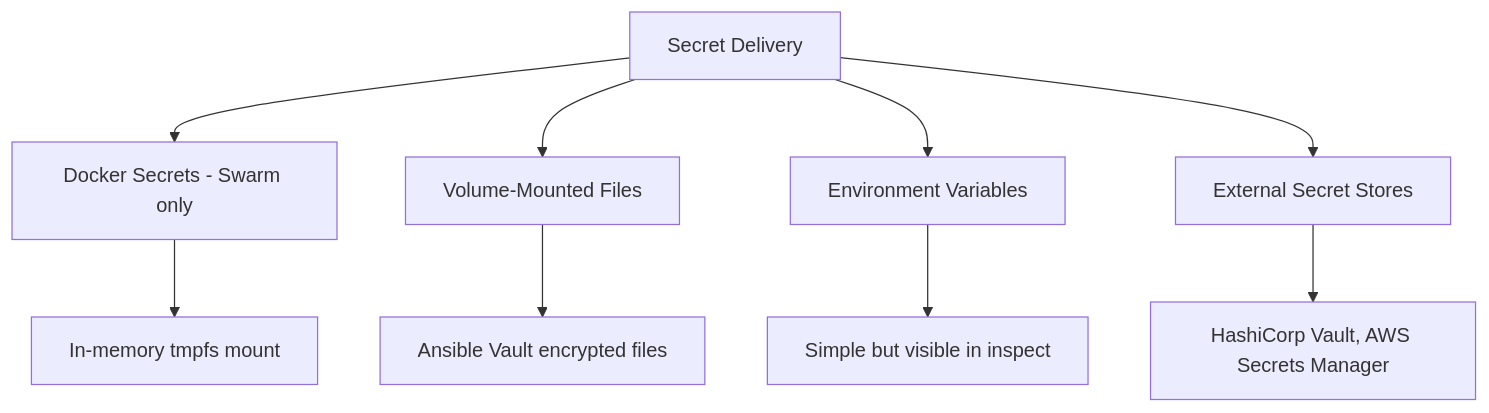
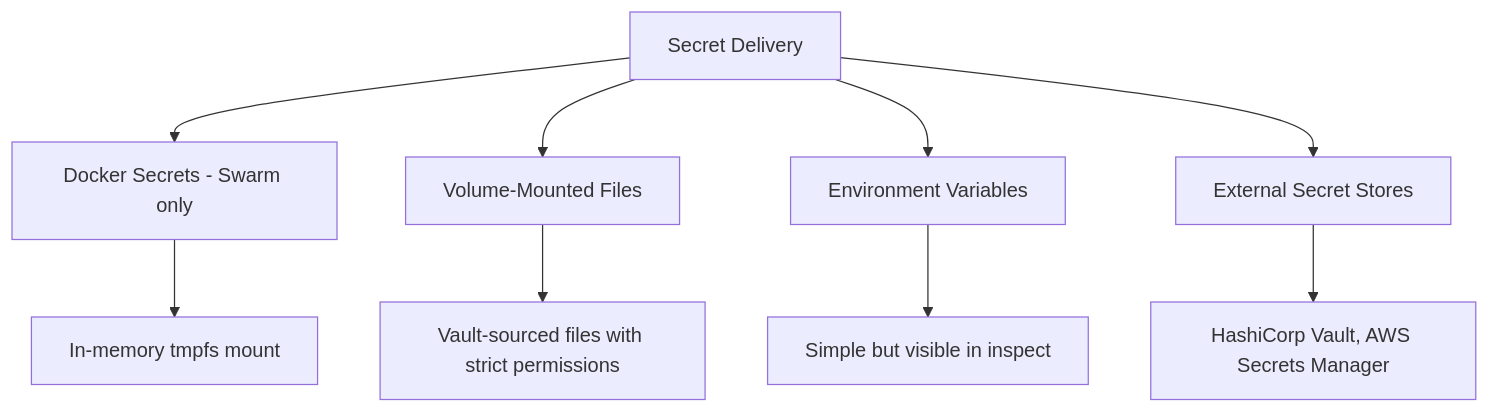
One commit to OneUptime/blog changed the diagram in posts/2026-02-21-how-to-use-ansible-to-configure-container-secrets/README.md. Above: the diagram before and after it, drawn with Mermaid. The commit also changed other lines of this file and 2 other files, not shown here.

Commit message:
validate: 2026-02-21-how-to-use-ansible-to-configure-container-secrets

````diff
--- a/posts/2026-02-21-how-to-use-ansible-to-configure-container-secrets/README.md
+++ b/posts/2026-02-21-how-to-use-ansible-to-configure-container-secrets/README.md
@@ -15,11 +15,11 @@
 ```mermaid
 graph TD
     A[Secret Delivery] --> B[Docker Secrets - Swarm only]
     A --> C[Volume-Mounted Files]
     A --> D[Environment Variables]
     A --> E[External Secret Stores]
     B --> B1[In-memory tmpfs mount]
-    C --> C1[Ansible Vault encrypted files]
+    C --> C1[Vault-sourced files with strict permissions]
     D --> D1[Simple but visible in inspect]
     E --> E1[HashiCorp Vault, AWS Secrets Manager]
 ```
````
